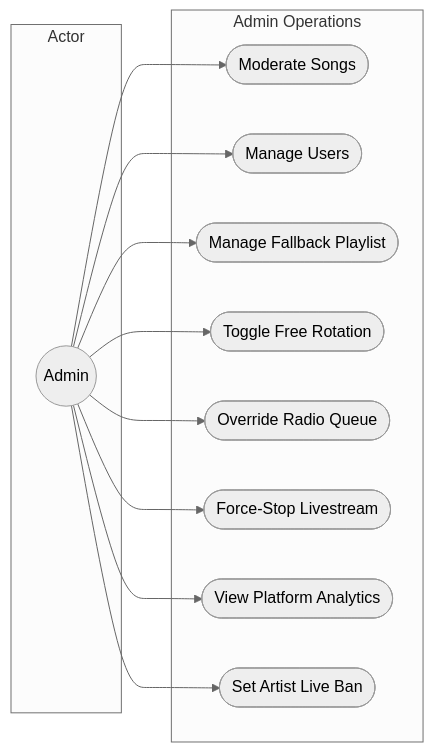
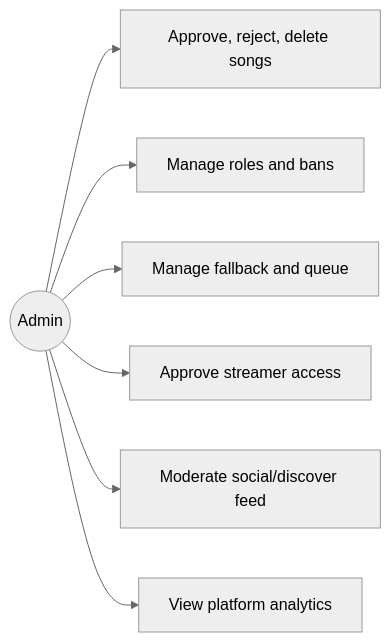
One commit to Tmaku18/RADIOapp changed the sixth of 13 diagrams in docs/UML/uml-diagrams.md. Above: the diagram before and after it, drawn with Mermaid (neutral theme). The commit also changed other lines of this file and 3 other files, not shown here.

First line of the commit message:
Docs: refresh README and UML to current platform state.

````diff
--- a/docs/UML/uml-diagrams.md
+++ b/docs/UML/uml-diagrams.md
@@ -270,26 +100,9 @@
 ```mermaid
 flowchart LR
-    subgraph actor [Actor]
-        Admin((Admin))
-    end
-
-    subgraph admin_ops [Admin Operations]
-        ModerateSongs([Moderate Songs])
-        ManageUsers([Manage Users])
-        ManageFallback([Manage Fallback Playlist])
-        ToggleFreeRotation([Toggle Free Rotation])
-        OverrideRadioQueue([Override Radio Queue])
-        ForceStopLivestream([Force-Stop Livestream])
-        ViewPlatformAnalytics([View Platform Analytics])
-        ArtistLiveBan([Set Artist Live Ban])
-    end
-
-    Admin --> ModerateSongs
-    Admin --> ManageUsers
-    Admin --> ManageFallback
-    Admin --> ToggleFreeRotation
-    Admin --> OverrideRadioQueue
-    Admin --> ForceStopLivestream
-    Admin --> ViewPlatformAnalytics
-    Admin --> ArtistLiveBan
+  Admin((Admin)) --> ModerateSongs[Approve, reject, delete songs]
+  Admin --> ManageUsers[Manage roles and bans]
+  Admin --> ManageFallback[Manage fallback and queue]
+  Admin --> ManageStreamers[Approve streamer access]
+  Admin --> ReviewFeed[Moderate social/discover feed]
+  Admin --> PlatformStats[View platform analytics]
 ```
````
